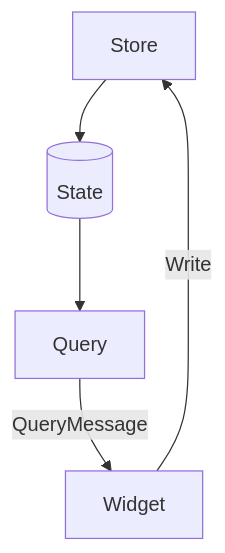
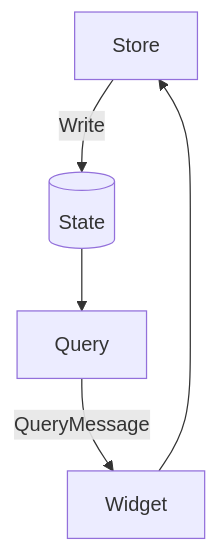
Before and after one commit to iced-rs/rfcs: the second of 2 diagrams in text/0000-shared-widget-state.md, drawn with Mermaid.

Commit message:
keyboard events example cleanup

````diff
--- a/text/0000-shared-widget-state.md
+++ b/text/0000-shared-widget-state.md
@@ -50,7 +50,7 @@
 ```mermaid
   graph TD;
-    Store-->State[(State)];
+    Store--Write-->State[(State)];
     Query--QueryMessage-->Widget
     State-->Query;
-    Widget--Write-->Store;
+    Widget-->Store;
 ```
````
